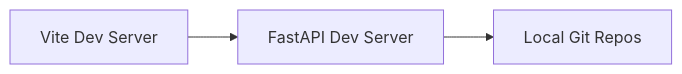
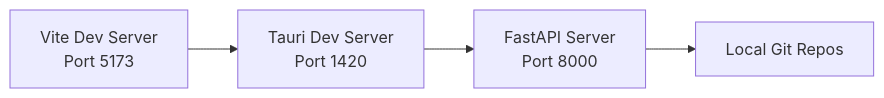
The third of 4 diagrams in docs/architecture/overview.md (boost-edu-tools/gitinspectorgui), drawn with Mermaid before and after one commit. The commit also changed other lines of this file and 11 other files, not shown here.

First line of the commit message:
docs: restructure development documentation with comprehensive port and architecture details

````diff
--- a/docs/architecture/overview.md
+++ b/docs/architecture/overview.md
@@ -114,5 +117,6 @@
 ```mermaid
 graph LR
-    A[Vite Dev Server] --> B[FastAPI Dev Server]
-    B --> C[Local Git Repos]
+    A[Vite Dev Server<br/>Port 5173] --> B[Tauri Dev Server<br/>Port 1420]
+    B --> C[FastAPI Server<br/>Port 8000]
+    C --> D[Local Git Repos]
 ```
````
